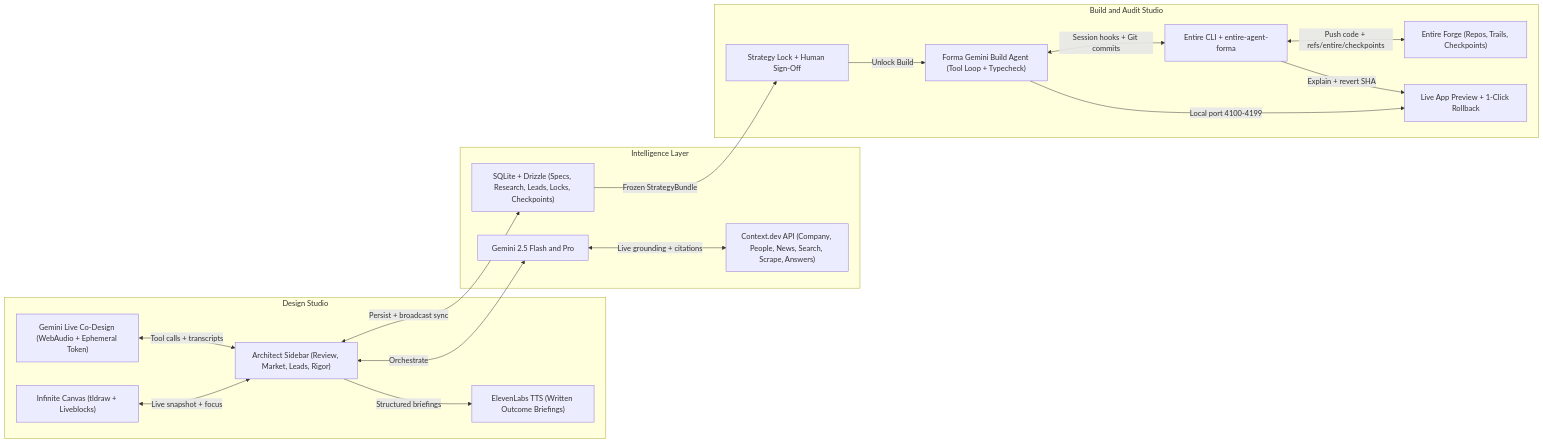
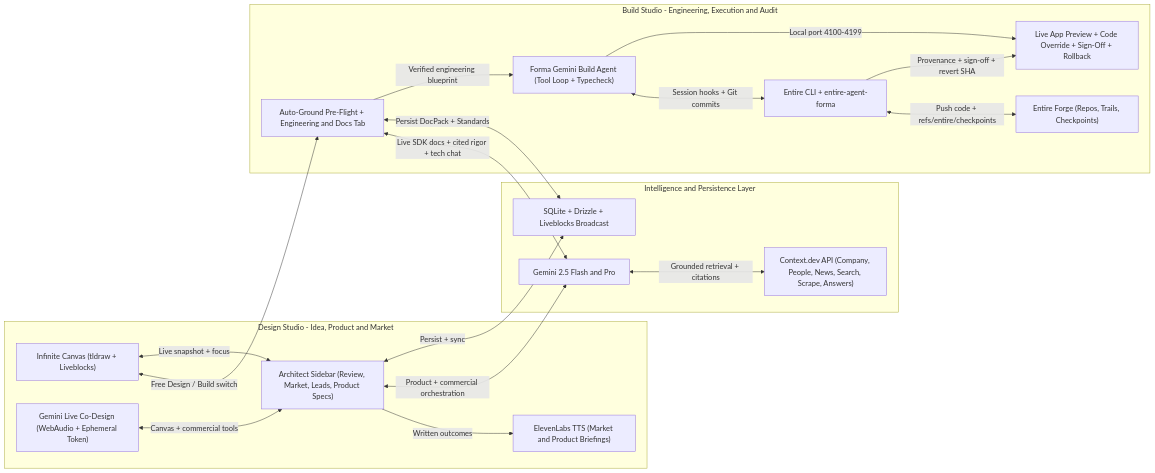
Before and after one commit to sadilet/forma: the first of 3 diagrams in docs/plan.md, drawn with Mermaid. The commit also changed other lines of this file and 1 other file, not shown here.

First line of the commit message:
Split Architect product flow from Build Studio engineering rigor.

````diff
--- a/docs/plan.md
+++ b/docs/plan.md
@@ -62,36 +68,38 @@
 ```mermaid
 flowchart LR
-  subgraph studio [Design Studio]
+  subgraph designStudio [Design Studio - Idea, Product and Market]
     Canvas["Infinite Canvas (tldraw + Liveblocks)"]
     VoiceMic["Gemini Live Co-Design (WebAudio + Ephemeral Token)"]
-    Architect["Architect Sidebar (Review, Market, Leads, Rigor)"]
-    Briefing["ElevenLabs TTS (Written Outcome Briefings)"]
+    Architect["Architect Sidebar (Review, Market, Leads, Product Specs)"]
+    DesignBrief["ElevenLabs TTS (Market and Product Briefings)"]
   end
 
-  subgraph intelligence [Intelligence Layer]
+  subgraph intelligence [Intelligence and Persistence Layer]
     GeminiCore["Gemini 2.5 Flash and Pro"]
     ContextAPI["Context.dev API (Company, People, News, Search, Scrape, Answers)"]
-    SQLiteDB["SQLite + Drizzle (Specs, Research, Leads, Locks, Checkpoints)"]
+    SQLiteDB["SQLite + Drizzle + Liveblocks Broadcast"]
   end
 
-  subgraph execution [Build and Audit Studio]
-    StrategyGate["Strategy Lock + Human Sign-Off"]
+  subgraph buildStudio [Build Studio - Engineering, Execution and Audit]
+    EngDocs["Auto-Ground Pre-Flight + Engineering and Docs Tab"]
     BuildAgent["Forma Gemini Build Agent (Tool Loop + Typecheck)"]
     EntireCLI["Entire CLI + entire-agent-forma"]
     EntireCloud["Entire Forge (Repos, Trails, Checkpoints)"]
-    Preview["Live App Preview + 1-Click Rollback"]
+    PreviewAudit["Live App Preview + Code Override + Sign-Off + Rollback"]
   end
 
+  Canvas <-->|"Free Design / Build switch"| EngDocs
   Canvas <-->|"Live snapshot + focus"| Architect
-  VoiceMic <-->|"Tool calls + transcripts"| Architect
-  Architect -->|"Structured briefings"| Briefing
-  Architect <-->|"Orchestrate"| GeminiCore
-  GeminiCore <-->|"Live grounding + citations"| ContextAPI
-  Architect <-->|"Persist + broadcast sync"| SQLiteDB
-  SQLiteDB -->|"Frozen StrategyBundle"| StrategyGate
-  StrategyGate -->|"Unlock Build"| BuildAgent
+  VoiceMic <-->|"Canvas + commercial tools"| Architect
+  Architect -->|"Written outcomes"| DesignBrief
+  Architect <-->|"Product + commercial orchestration"| GeminiCore
+  EngDocs <-->|"Live SDK docs + cited rigor + tech chat"| GeminiCore
+  GeminiCore <-->|"Grounded retrieval + citations"| ContextAPI
+  Architect <-->|"Persist + sync"| SQLiteDB
+  EngDocs <-->|"Persist DocPack + Standards"| SQLiteDB
+  EngDocs -->|"Verified engineering blueprint"| BuildAgent
   BuildAgent <-->|"Session hooks + Git commits"| EntireCLI
   EntireCLI <-->|"Push code + refs/entire/checkpoints"| EntireCloud
-  BuildAgent -->|"Local port 4100-4199"| Preview
-  EntireCLI -->|"Explain + revert SHA"| Preview
+  BuildAgent -->|"Local port 4100-4199"| PreviewAudit
+  EntireCLI -->|"Provenance + sign-off + revert SHA"| PreviewAudit
 ```
````
